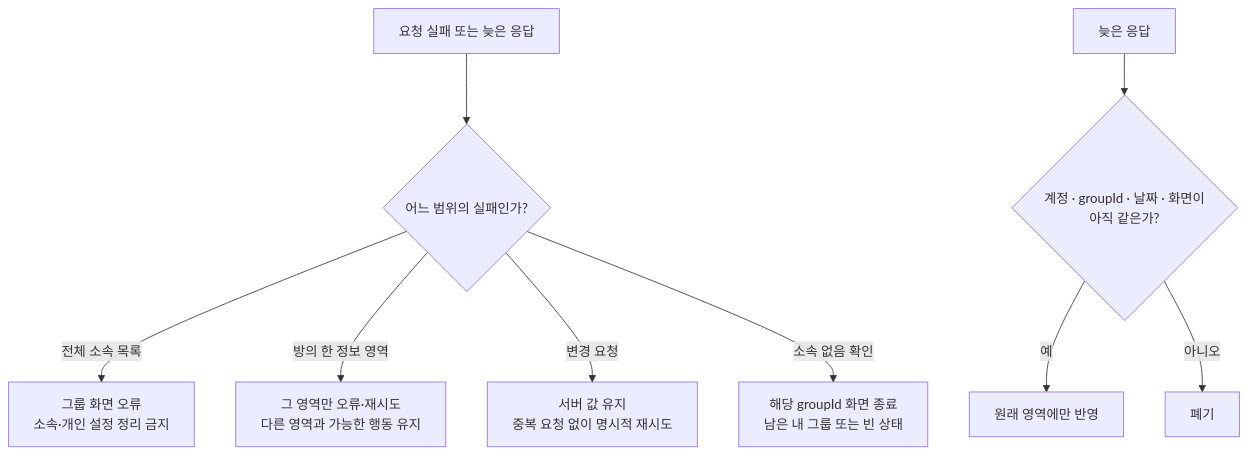
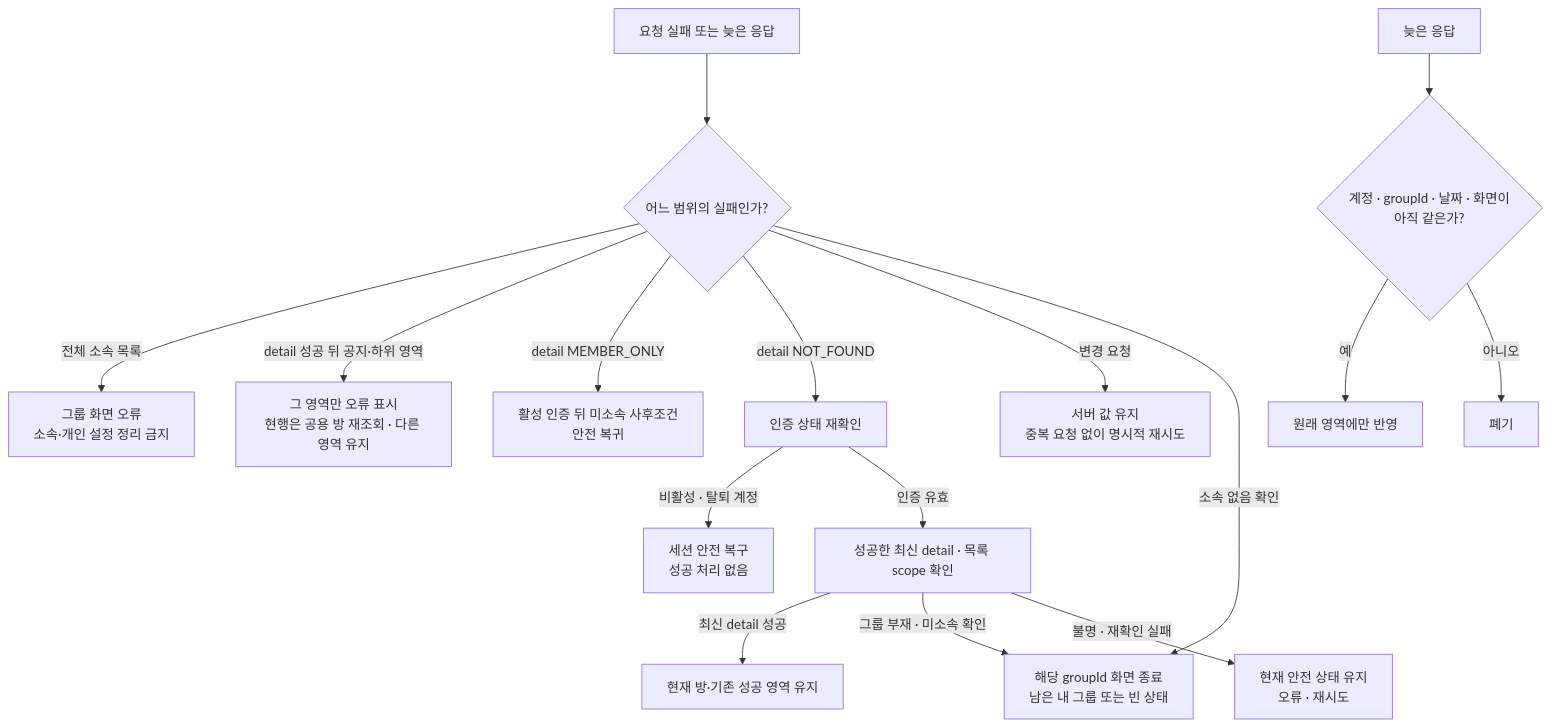
The fourth of 5 diagrams in docs/prd/group/high-level-design.md (OneOrThree/phone), drawn with Mermaid before and after one commit. The commit also changed other lines of this file and 21 other files, not shown here.

````diff
--- a/docs/prd/group/high-level-design.md
+++ b/docs/prd/group/high-level-design.md
@@ -155,12 +143,19 @@
 ```mermaid
 flowchart TD
     Failure["요청 실패 또는 늦은 응답"] --> Scope{"어느 범위의 실패인가?"}
     Scope -->|전체 소속 목록| ListError["그룹 화면 오류<br/>소속·개인 설정 정리 금지"]
-    Scope -->|방의 한 정보 영역| SectionError["그 영역만 오류·재시도<br/>다른 영역과 가능한 행동 유지"]
+    Scope -->|detail 성공 뒤 공지·하위 영역| SectionError["그 영역만 오류 표시<br/>현행은 공용 방 재조회 · 다른 영역 유지"]
+    Scope -->|detail MEMBER_ONLY| MemberGone["활성 인증 뒤 미소속 사후조건<br/>안전 복귀"]
+    Scope -->|detail NOT_FOUND| AuthCheck["인증 상태 재확인"]
+    AuthCheck -->|비활성 · 탈퇴 계정| SessionRecover["세션 안전 복구<br/>성공 처리 없음"]
+    AuthCheck -->|인증 유효| DetailScope["성공한 최신 detail · 목록 scope 확인"]
+    DetailScope -->|최신 detail 성공| RoomKeep["현재 방·기존 성공 영역 유지"]
+    DetailScope -->|그룹 부재 · 미소속 확인| MembershipGone
+    DetailScope -->|불명 · 재확인 실패| SafeState["현재 안전 상태 유지<br/>오류 · 재시도"]
     Scope -->|변경 요청| MutationError["서버 값 유지<br/>중복 요청 없이 명시적 재시도"]
     Scope -->|소속 없음 확인| MembershipGone["해당 groupId 화면 종료<br/>남은 내 그룹 또는 빈 상태"]
 
     Late["늦은 응답"] --> Guard{"계정 · groupId · 날짜 · 화면이<br/>아직 같은가?"}
     Guard -->|예| Apply["원래 영역에만 반영"]
     Guard -->|아니오| Discard["폐기"]
 ```
````
